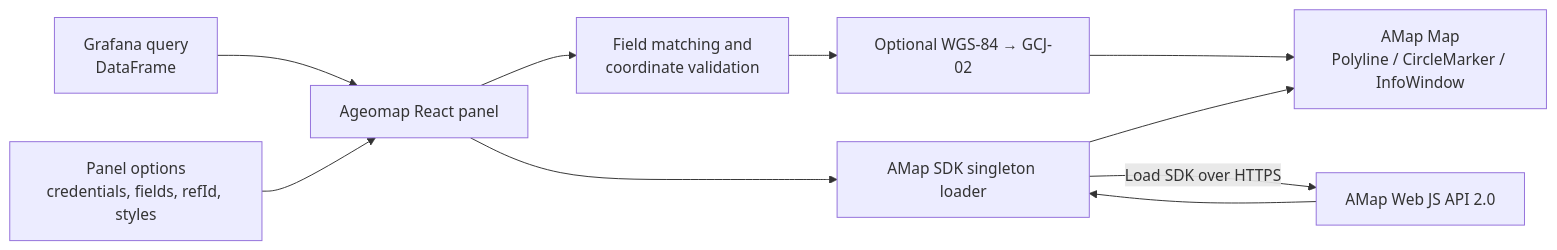
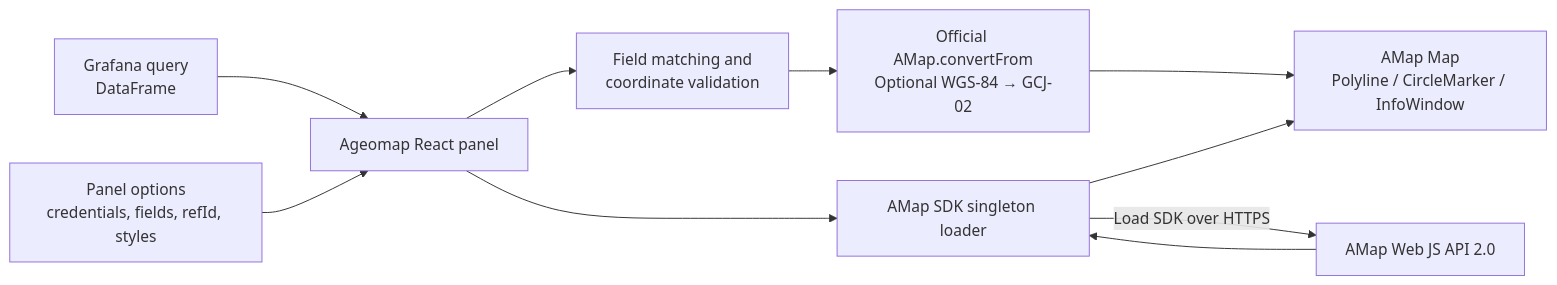
The diagram in docs/design.en.md (lizy14/ageomap), drawn with Mermaid before and after one commit. The commit also changed other lines of this file and 15 other files, not shown here.

First line of the commit message:
fix: use official AMap coordinate conversion

````diff
--- a/docs/design.en.md
+++ b/docs/design.en.md
@@ -24,18 +24,18 @@
 ```mermaid
 flowchart LR
     Q["Grafana query<br/>DataFrame"]
     O["Panel options<br/>credentials, fields, refId, styles"]
     P["Ageomap React panel"]
     V["Field matching and<br/>coordinate validation"]
-    C["Optional WGS-84 → GCJ-02"]
+    C["Official AMap.convertFrom<br/>Optional WGS-84 → GCJ-02"]
     L["AMap SDK singleton loader"]
     M["AMap Map<br/>Polyline / CircleMarker / InfoWindow"]
     A["AMap Web JS API 2.0"]
 
     Q --> P
     O --> P
     P --> V --> C --> M
     P --> L
     L -->|"Load SDK over HTTPS"| A
     A --> L --> M
 ```
````
